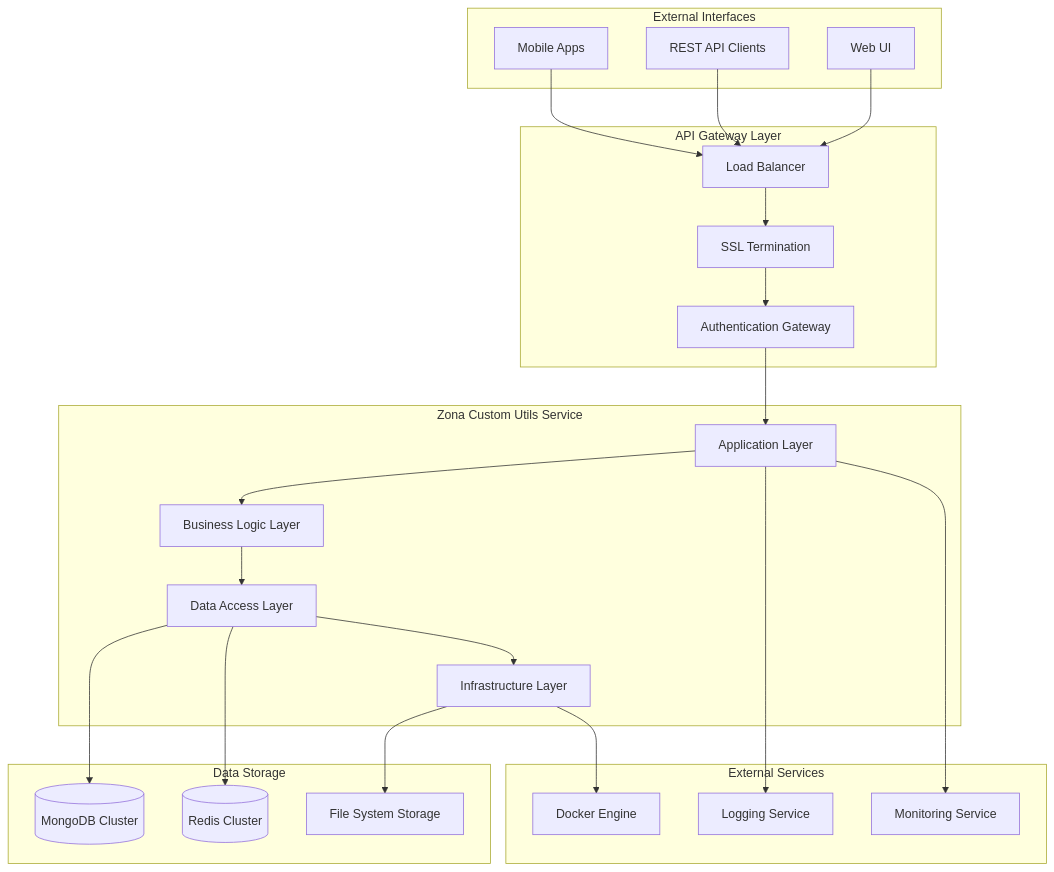
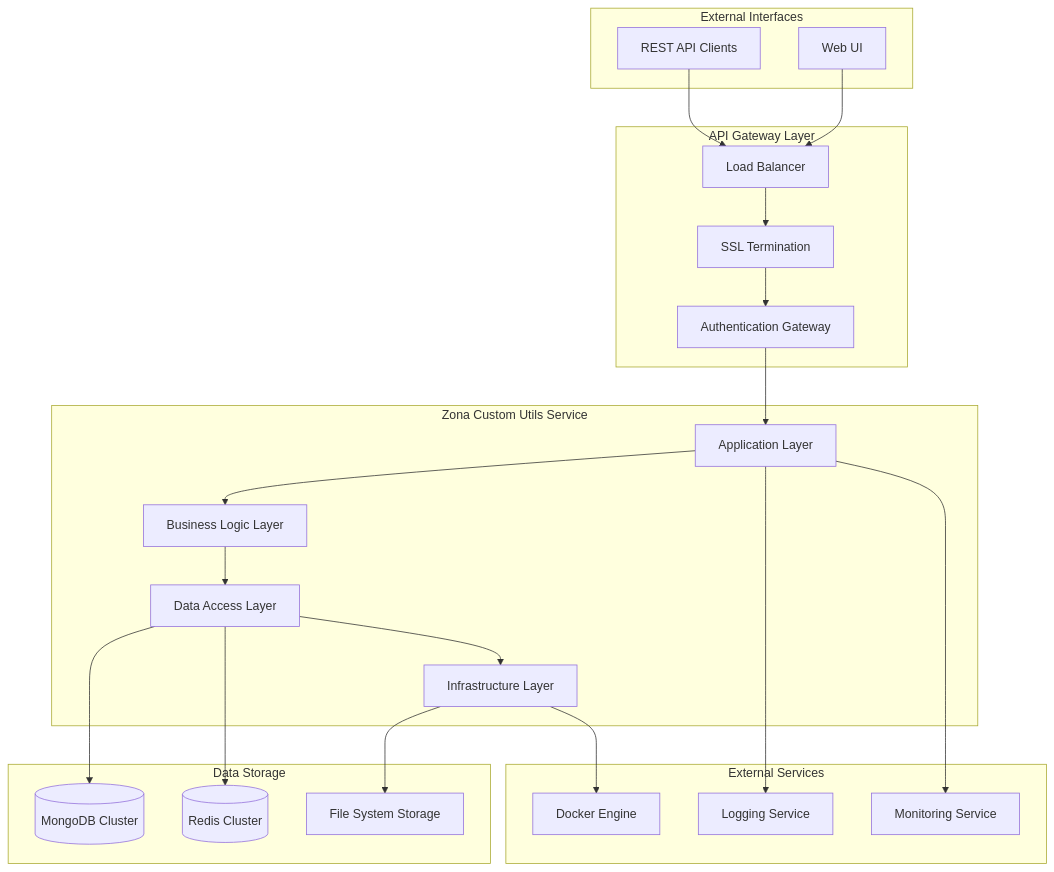
The first of 10 diagrams in securaa-custom-utils-high-level-design.md (Vishwa0220/securaa-internal-documents), drawn with Mermaid before and after one commit. The commit also changed 3 other files, not shown here.

````diff
--- a/securaa-custom-utils-high-level-design.md
+++ b/securaa-custom-utils-high-level-design.md
@@ -37,53 +37,51 @@
 ```mermaid
 graph TB
     subgraph "External Interfaces"
         WEB[Web UI]
         API[REST API Clients]
-        MOBILE[Mobile Apps]
     end
     
     subgraph "API Gateway Layer"
         LB[Load Balancer]
         SSL[SSL Termination]
         AUTH[Authentication Gateway]
     end
     
     subgraph "Zona Custom Utils Service"
         APP[Application Layer]
         BL[Business Logic Layer]
         DATA[Data Access Layer]
         INFRA[Infrastructure Layer]
     end
     
     subgraph "Data Storage"
         MONGO[(MongoDB Cluster)]
         REDIS[(Redis Cluster)]
         FS[File System Storage]
     end
     
     subgraph "External Services"
         DOCKER[Docker Engine]
         LOGGING[Logging Service]
         MONITORING[Monitoring Service]
     end
     
     WEB --> LB
     API --> LB
-    MOBILE --> LB
     
     LB --> SSL
     SSL --> AUTH
     AUTH --> APP
     
     APP --> BL
     BL --> DATA
     DATA --> INFRA
     
     DATA --> MONGO
     DATA --> REDIS
     INFRA --> FS
     INFRA --> DOCKER
     
     APP --> LOGGING
     APP --> MONITORING
 ```
````
